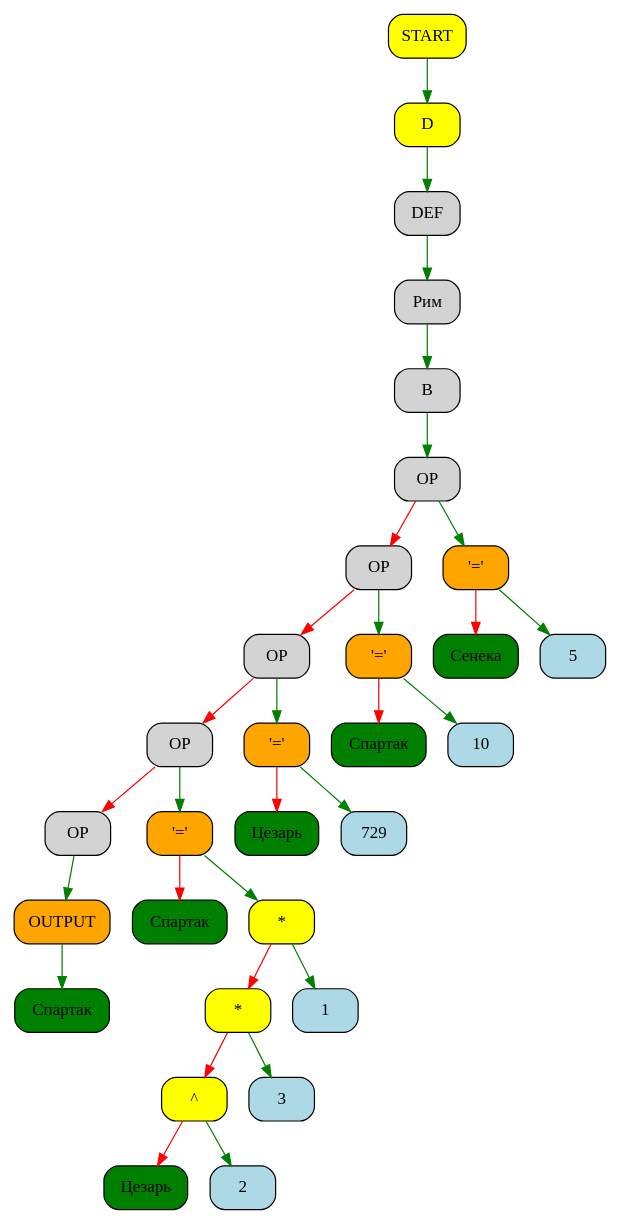
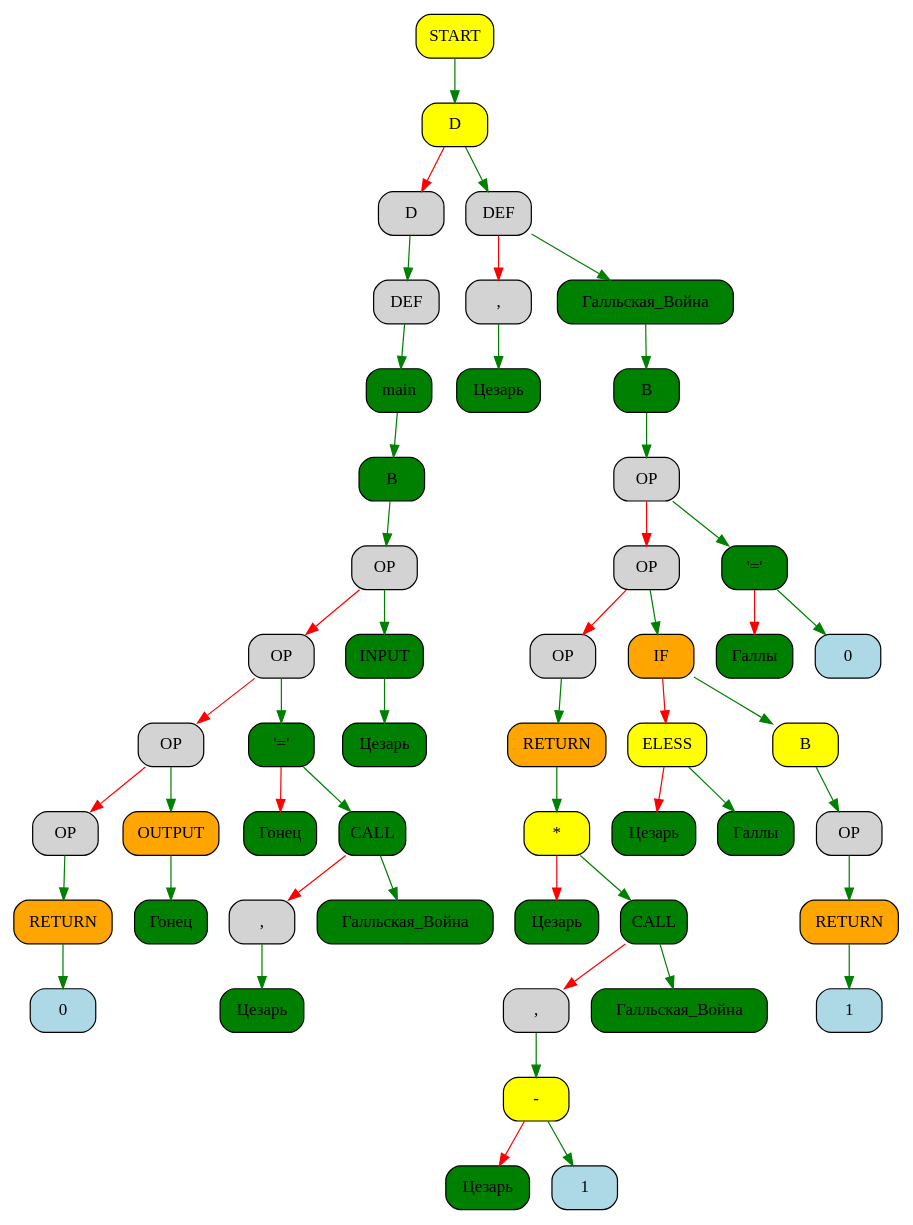
One commit to kostya2709/New_Roman changed the diagram in equation_print.gv. Above: the diagram before and after it, drawn with Graphviz. The commit also changed 31 other files, not shown here.

```diff
--- a/equation_print.gv
+++ b/equation_print.gv
@@ -1,62 +1,102 @@
 digraph First{
 node [shape="Mrecord", style="filled", fillcolor="lightblue"];
-"box7a3c2170" [fillcolor="yellow",label="START"];
-"box7a3bd820" [fillcolor="yellow",label="D"];
-"box7a3c2170" -> "box7a3bd820"[color="green"];
-"box7a3bdc70" [fillcolor="",label="DEF"];
-"box7a3bd820" -> "box7a3bdc70"[color="green"];
-"box7a3acbd0" [fillcolor="",label="Рим"];
-"box7a3bdc70" -> "box7a3acbd0"[color="green"];
-"box7a3c1d20" [fillcolor="",label="B"];
-"box7a3acbd0" -> "box7a3c1d20"[color="green"];
-"box7a3c18d0" [fillcolor="",label="OP"];
-"box7a3c1d20" -> "box7a3c18d0"[color="green"];
-"box7a3c1480" [fillcolor="",label="OP"];
-"box7a3c18d0" -> "box7a3c1480"[color="red"];
-"box7a3c1030" [fillcolor="",label="OP"];
-"box7a3c1480" -> "box7a3c1030"[color="red"];
-"box7a3c0be0" [fillcolor="",label="OP"];
-"box7a3c1030" -> "box7a3c0be0"[color="red"];
-"box7a3c0790" [fillcolor="",label="OP"];
-"box7a3c0be0" -> "box7a3c0790"[color="red"];
-"box7a3c0340" [fillcolor="orange",label="OUTPUT"];
-"box7a3c0790" -> "box7a3c0340"[color="green"];
-"box7a3bba30" [fillcolor="green",label="Спартак"];
-"box7a3c0340" -> "box7a3bba30"[color="green"];
-"box7a3bfef0" [fillcolor="orange",label="'='"];
-"box7a3c0be0" -> "box7a3bfef0"[color="green"];
-"box7a3b8220" [fillcolor="green",label="Спартак"];
-"box7a3bfef0" -> "box7a3b8220"[color="red"];
-"box7a3c54f0" [fillcolor="yellow",label="*"];
-"box7a3bfef0" -> "box7a3c54f0"[color="green"];
-"box7a3c50a0" [fillcolor="yellow",label="*"];
-"box7a3c54f0" -> "box7a3c50a0"[color="red"];
-"box7a3c4c50" [fillcolor="yellow",label="^"];
-"box7a3c50a0" -> "box7a3c4c50"[color="red"];
-"box7a3c4800" [fillcolor="green",label="Цезарь"];
-"box7a3c4c50" -> "box7a3c4800"[color="red"];
-"box7a3c43b0" [label="2"];
-"box7a3c4c50" -> "box7a3c43b0"[color="green"];
-"box7a3c3f60" [label="3"];
-"box7a3c50a0" -> "box7a3c3f60"[color="green"];
-"box7a3c3b10" [label="1"];
-"box7a3c54f0" -> "box7a3c3b10"[color="green"];
-"box7a3bedb0" [fillcolor="orange",label="'='"];
-"box7a3c1030" -> "box7a3bedb0"[color="green"];
-"box7a3b6840" [fillcolor="green",label="Цезарь"];
-"box7a3bedb0" -> "box7a3b6840"[color="red"];
-"box7a3be960" [label="729"];
-"box7a3bedb0" -> "box7a3be960"[color="green"];
-"box7a3be510" [fillcolor="orange",label="'='"];
-"box7a3c1480" -> "box7a3be510"[color="green"];
-"box7a3b5700" [fillcolor="green",label="Спартак"];
-"box7a3be510" -> "box7a3b5700"[color="red"];
-"box7a3b5fa0" [label="10"];
-"box7a3be510" -> "box7a3b5fa0"[color="green"];
-"box7a3be0c0" [fillcolor="orange",label="'='"];
-"box7a3c18d0" -> "box7a3be0c0"[color="green"];
-"box7a3b45c0" [fillcolor="green",label="Сенека"];
-"box7a3be0c0" -> "box7a3b45c0"[color="red"];
-"box7a3b4e60" [label="5"];
-"box7a3be0c0" -> "box7a3b4e60"[color="green"];
+"boxb548dc90" [fillcolor="yellow",label="START"];
+"boxb548e4f0" [fillcolor="yellow",label="D"];
+"boxb548dc90" -> "boxb548e4f0"[color="green"];
+"boxb548ed50" [fillcolor="",label="D"];
+"boxb548e4f0" -> "boxb548ed50"[color="red"];
+"boxb548f5b0" [fillcolor="",label="DEF"];
+"boxb548ed50" -> "boxb548f5b0"[color="green"];
+"boxb548fe10" [fillcolor="green",label="main"];
+"boxb548f5b0" -> "boxb548fe10"[color="green"];
+"boxb5490260" [fillcolor="green",label="B"];
+"boxb548fe10" -> "boxb5490260"[color="green"];
+"boxb54906b0" [fillcolor="",label="OP"];
+"boxb5490260" -> "boxb54906b0"[color="green"];
+"boxb5490b00" [fillcolor="",label="OP"];
+"boxb54906b0" -> "boxb5490b00"[color="red"];
+"boxb5490f50" [fillcolor="",label="OP"];
+"boxb5490b00" -> "boxb5490f50"[color="red"];
+"boxb54913a0" [fillcolor="",label="OP"];
+"boxb5490f50" -> "boxb54913a0"[color="red"];
+"boxb54917f0" [fillcolor="orange",label="RETURN"];
+"boxb54913a0" -> "boxb54917f0"[color="green"];
+"boxb5491c40" [label="0"];
+"boxb54917f0" -> "boxb5491c40"[color="green"];
+"boxb54924a0" [fillcolor="orange",label="OUTPUT"];
+"boxb5490f50" -> "boxb54924a0"[color="green"];
+"boxb54928f0" [fillcolor="green",label="Гонец"];
+"boxb54924a0" -> "boxb54928f0"[color="green"];
+"boxb5493150" [fillcolor="green",label="'='"];
+"boxb5490b00" -> "boxb5493150"[color="green"];
+"boxb54935a0" [fillcolor="green",label="Гонец"];
+"boxb5493150" -> "boxb54935a0"[color="red"];
+"boxb5493e00" [fillcolor="green",label="CALL"];
+"boxb5493150" -> "boxb5493e00"[color="green"];
+"boxb5494250" [fillcolor="",label=","];
+"boxb5493e00" -> "boxb5494250"[color="red"];
+"boxb54946a0" [fillcolor="green",label="Цезарь"];
+"boxb5494250" -> "boxb54946a0"[color="green"];
+"boxb5494f00" [fillcolor="green",label="Галльская_Война"];
+"boxb5493e00" -> "boxb5494f00"[color="green"];
+"boxb5495350" [fillcolor="green",label="INPUT"];
+"boxb54906b0" -> "boxb5495350"[color="green"];
+"boxb54957a0" [fillcolor="green",label="Цезарь"];
+"boxb5495350" -> "boxb54957a0"[color="green"];
+"boxb5496000" [fillcolor="",label="DEF"];
+"boxb548e4f0" -> "boxb5496000"[color="green"];
+"boxb5496450" [fillcolor="",label=","];
+"boxb5496000" -> "boxb5496450"[color="red"];
+"boxb54968a0" [fillcolor="green",label="Цезарь"];
+"boxb5496450" -> "boxb54968a0"[color="green"];
+"boxb5497100" [fillcolor="green",label="Галльская_Война"];
+"boxb5496000" -> "boxb5497100"[color="green"];
+"boxb5497550" [fillcolor="green",label="B"];
+"boxb5497100" -> "boxb5497550"[color="green"];
+"boxb54979a0" [fillcolor="",label="OP"];
+"boxb5497550" -> "boxb54979a0"[color="green"];
+"boxb5497df0" [fillcolor="",label="OP"];
+"boxb54979a0" -> "boxb5497df0"[color="red"];
+"boxb5498240" [fillcolor="",label="OP"];
+"boxb5497df0" -> "boxb5498240"[color="red"];
+"boxb5498690" [fillcolor="orange",label="RETURN"];
+"boxb5498240" -> "boxb5498690"[color="green"];
+"boxb5498ae0" [fillcolor="yellow",label="*"];
+"boxb5498690" -> "boxb5498ae0"[color="green"];
+"boxb5498f30" [fillcolor="green",label="Цезарь"];
+"boxb5498ae0" -> "boxb5498f30"[color="red"];
+"boxb5499790" [fillcolor="green",label="CALL"];
+"boxb5498ae0" -> "boxb5499790"[color="green"];
+"boxb5499be0" [fillcolor="",label=","];
+"boxb5499790" -> "boxb5499be0"[color="red"];
+"boxb549a030" [fillcolor="yellow",label="-"];
+"boxb5499be0" -> "boxb549a030"[color="green"];
+"boxb549a480" [fillcolor="green",label="Цезарь"];
+"boxb549a030" -> "boxb549a480"[color="red"];
+"boxb549ace0" [label="1"];
+"boxb549a030" -> "boxb549ace0"[color="green"];
+"boxb549b540" [fillcolor="green",label="Галльская_Война"];
+"boxb5499790" -> "boxb549b540"[color="green"];
+"boxb549b990" [fillcolor="orange",label="IF"];
+"boxb5497df0" -> "boxb549b990"[color="green"];
+"boxb549bde0" [fillcolor="yellow",label="ELESS"];
+"boxb549b990" -> "boxb549bde0"[color="red"];
+"boxb549c230" [fillcolor="green",label="Цезарь"];
+"boxb549bde0" -> "boxb549c230"[color="red"];
+"boxb549ca90" [fillcolor="green",label="Галлы"];
+"boxb549bde0" -> "boxb549ca90"[color="green"];
+"boxb549d2f0" [fillcolor="yellow",label="B"];
+"boxb549b990" -> "boxb549d2f0"[color="green"];
+"boxb549d740" [fillcolor="",label="OP"];
+"boxb549d2f0" -> "boxb549d740"[color="green"];
+"boxb549db90" [fillcolor="orange",label="RETURN"];
+"boxb549d740" -> "boxb549db90"[color="green"];
+"boxb549dfe0" [label="1"];
+"boxb549db90" -> "boxb549dfe0"[color="green"];
+"boxb549e840" [fillcolor="green",label="'='"];
+"boxb54979a0" -> "boxb549e840"[color="green"];
+"boxb549ec90" [fillcolor="green",label="Галлы"];
+"boxb549e840" -> "boxb549ec90"[color="red"];
+"boxb549f4f0" [label="0"];
+"boxb549e840" -> "boxb549f4f0"[color="green"];
 }
```
